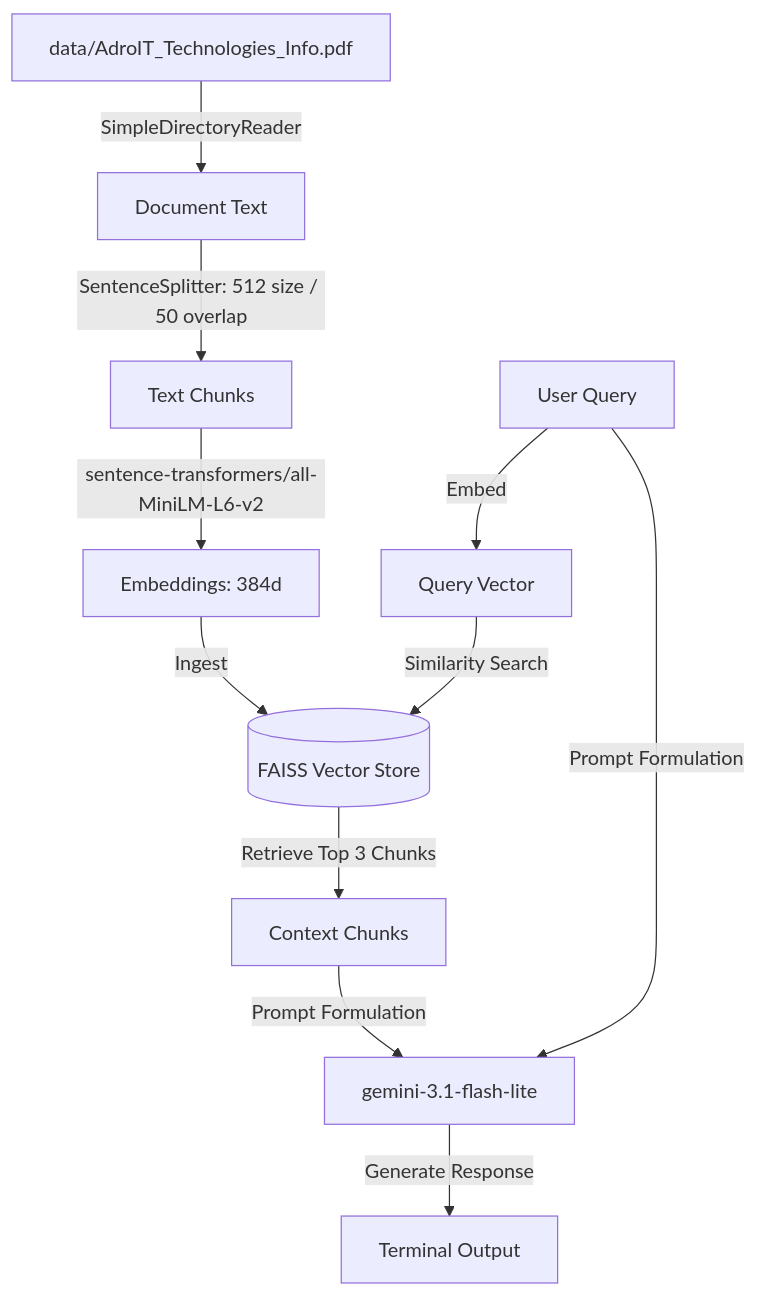
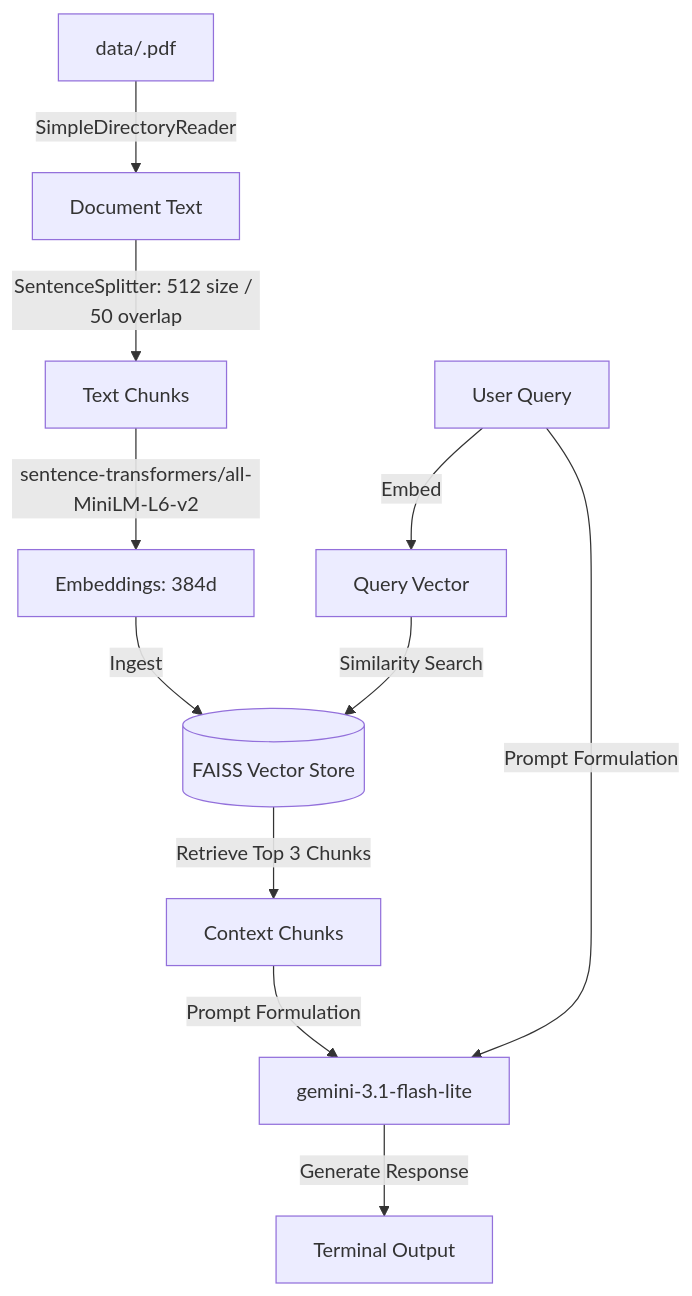
The diagram in README.md (Shy4n7/PDF-RAG), drawn with Mermaid before and after one commit.

Commit message:
docs: generalize PDF filename in architecture diagram

````diff
--- a/README.md
+++ b/README.md
@@ -22,14 +22,14 @@
 ```mermaid
 flowchart TD
-    A[data/AdroIT_Technologies_Info.pdf] -->|SimpleDirectoryReader| B[Document Text]
+    A[data/.pdf] -->|SimpleDirectoryReader| B[Document Text]
     B -->|SentenceSplitter: 512 size / 50 overlap| C[Text Chunks]
     C -->|sentence-transformers/all-MiniLM-L6-v2| D[Embeddings: 384d]
     D -->|Ingest| E[(FAISS Vector Store)]
     
     F[User Query] -->|Embed| G[Query Vector]
     G -->|Similarity Search| E
     E -->|Retrieve Top 3 Chunks| H[Context Chunks]
     
     H & F -->|Prompt Formulation| I[gemini-3.1-flash-lite]
     I -->|Generate Response| J[Terminal Output]
 ```
````
